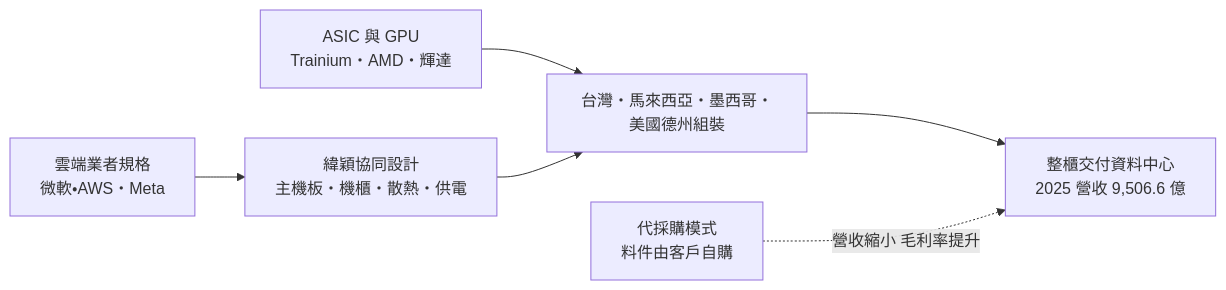
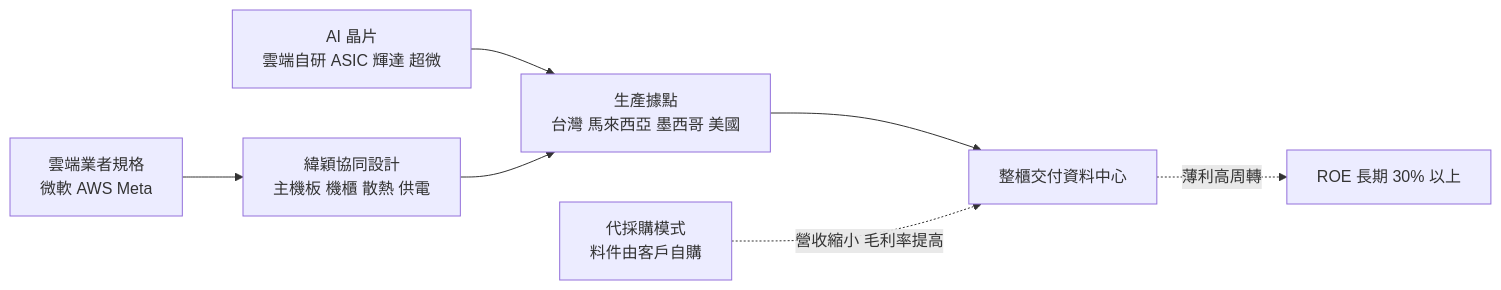
The second of 4 diagrams in 個股/台股/6669緯穎.md (wangnick1004/taiwan-stock-vault), drawn with Mermaid before and after one commit. The commit also changed other lines of this file and 6 other files, not shown here.

````diff
--- a/個股/台股/6669緯穎.md
+++ b/個股/台股/6669緯穎.md
@@ -70,8 +73,9 @@
 ```mermaid
 flowchart LR
-    A[雲端業者規格<br/>微軟・AWS・Meta] --> B[緯穎協同設計<br/>主機板・機櫃・散熱・供電]
-    C[ASIC 與 GPU<br/>Trainium・AMD・輝達] --> D[台灣・馬來西亞・墨西哥・美國德州組裝]
+    A["雲端業者規格<br/>微軟 AWS Meta"] --> B["緯穎協同設計<br/>主機板 機櫃 散熱 供電"]
+    C["AI 晶片<br/>雲端自研 ASIC 輝達 超微"] --> D["生產據點<br/>台灣 馬來西亞 墨西哥 美國"]
     B --> D
-    D --> E[整櫃交付資料中心<br/>2025 營收 9,506.6 億]
-    F[代採購模式<br/>料件由客戶自購] -. 營收縮小 毛利率提升 .-> E
+    D --> E[整櫃交付資料中心]
+    F["代採購模式<br/>料件由客戶自購"] -. 營收縮小 毛利率提高 .-> E
+    E -. 薄利高周轉 .-> G["ROE 長期 30% 以上"]
 ```
````
